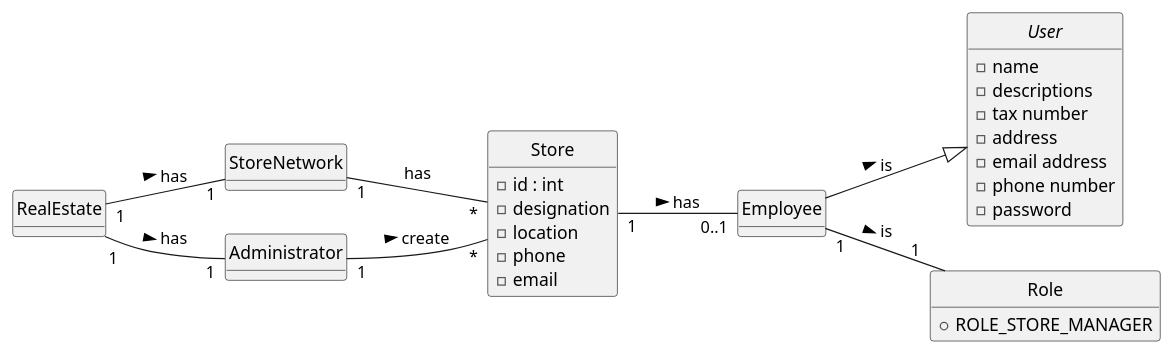
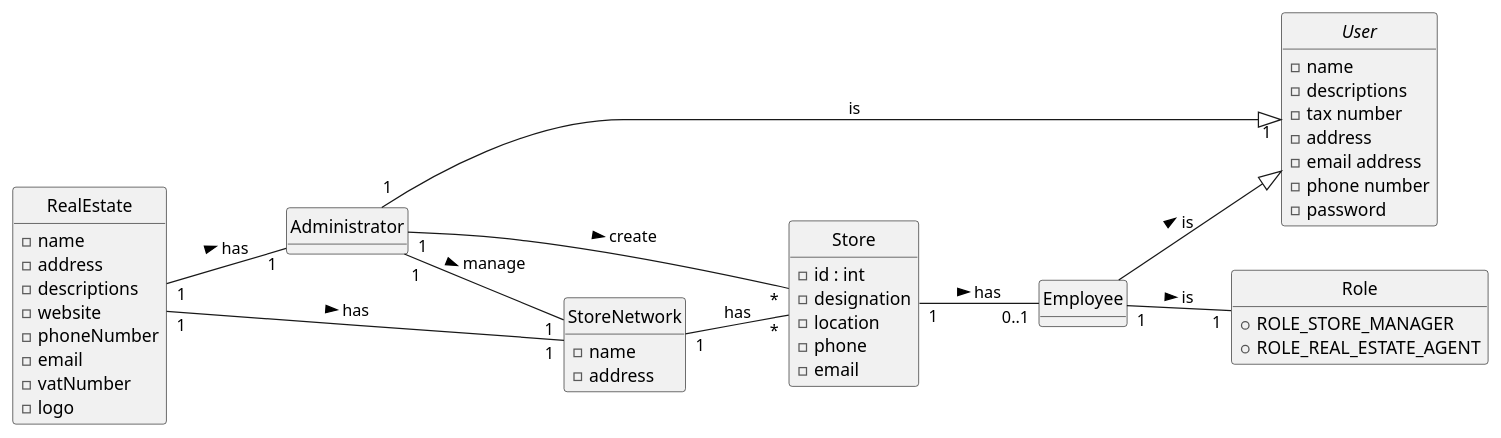
The diagram in lei-22-s2-1do-g68/docs/sprintA/us005/02.analysis/puml/us005-DomainModel.puml (hugosilva2901/lei-22-s2-1DO-g68), drawn with PlantUML before and after one commit. The commit also changed 20 other files, not shown here.

```diff
--- a/lei-22-s2-1do-g68/docs/sprintA/us005/02.analysis/puml/us005-DomainModel.puml
+++ b/lei-22-s2-1do-g68/docs/sprintA/us005/02.analysis/puml/us005-DomainModel.puml
@@ -1,50 +1,63 @@
 @startuml
 skinparam monochrome true
 skinparam packageStyle rectangle
 skinparam shadowing false
 
 left to right direction
 
 
 hide circle
 hide methods
 
 class RealEstate{
+   - name
+   - address
+   - descriptions
+   - website
+   - phoneNumber
+   - email
+   - vatNumber
+   - logo
 
 }
 abstract class User{
    - name
    - descriptions
   -  tax number
   -  address
   -  email address
   -  phone number
   -  password
 }
 class StoreNetwork{
+    - name
+    - address
 }
 
 class Store {
     - id : int
     - designation
     - location
     - phone
     - email
 }
 class Administrator{
 }
 
 class Employee {
 }
 enum Role{
     + ROLE_STORE_MANAGER
+    + ROLE_REAL_ESTATE_AGENT
 }
 StoreNetwork "1"--"*" Store : has
 Store "1"--"0..1" Employee : has  >
 Employee "1"--"1" Role : is >
 Employee --|> User : is >
 
 RealEstate "1"--"1" Administrator:has >
 RealEstate "1"--"1" StoreNetwork :has >
 Administrator "1"--"*" Store : create >
+Administrator "1"--"1" StoreNetwork : manage >
+Administrator "1"-|>"1" User : is
 @enduml
```
